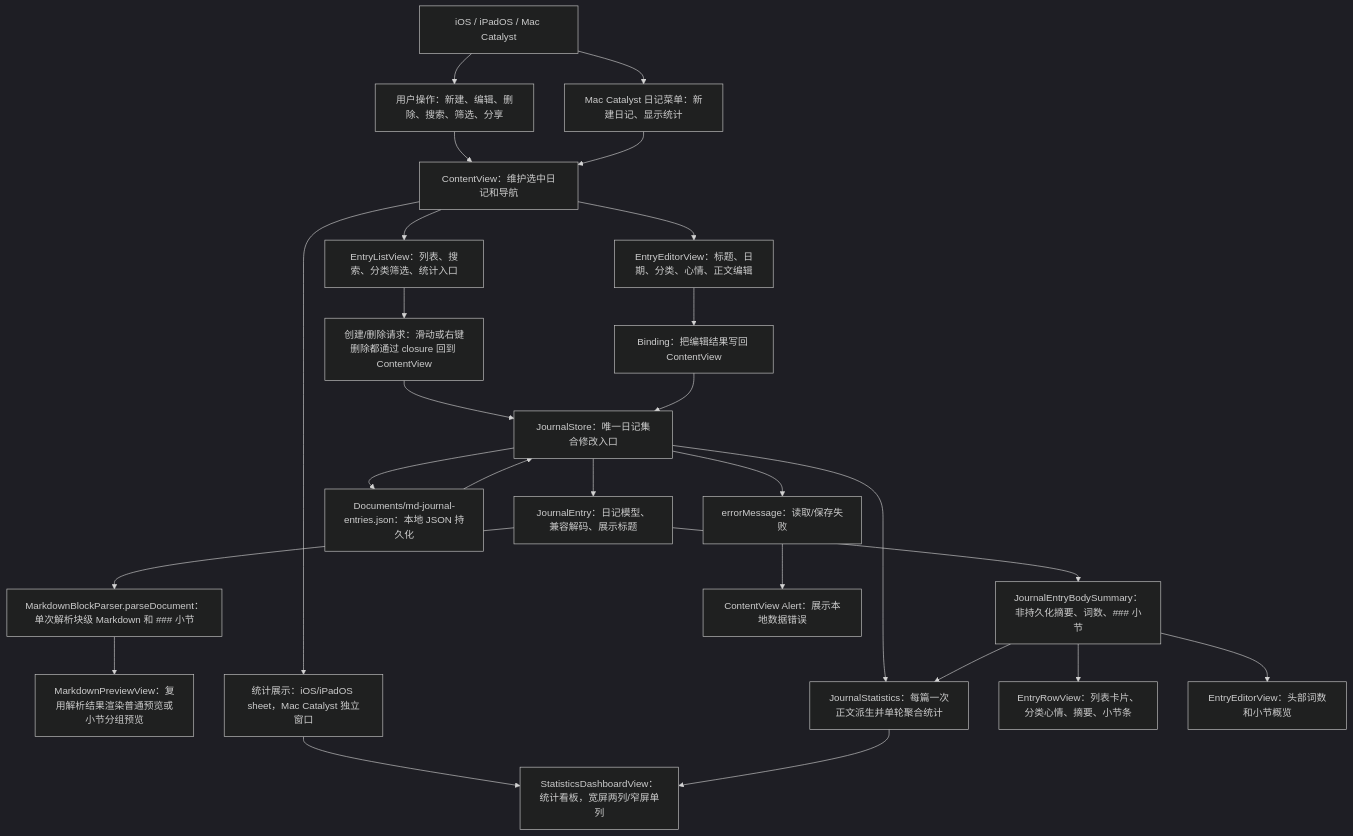
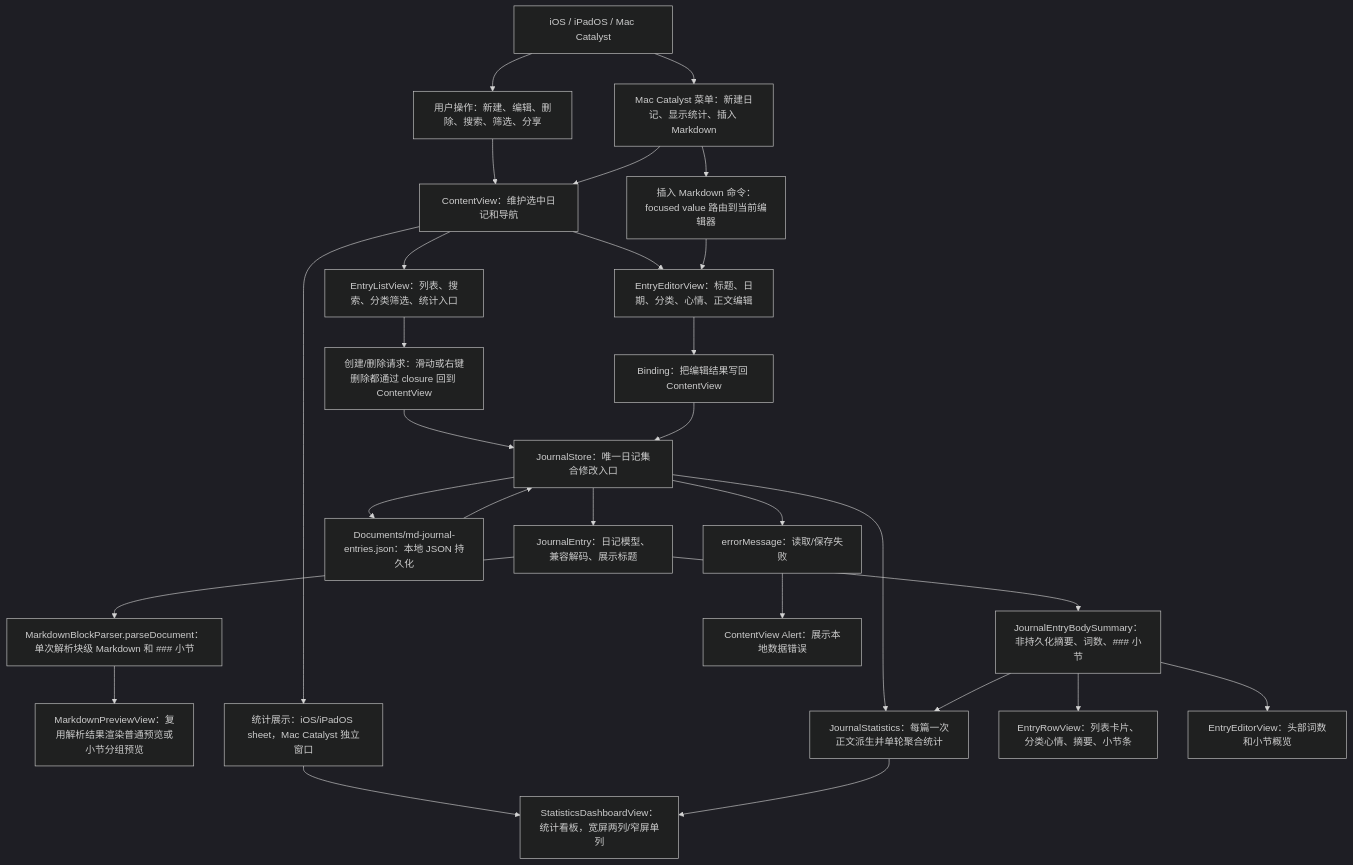
The first of 5 diagrams in md/flow/flowchart.md (Altman-sam114/117), drawn with Mermaid (dark theme) before and after one commit. The commit also changed 11 other files, not shown here.

````diff
--- a/md/flow/flowchart.md
+++ b/md/flow/flowchart.md
@@ -9,28 +9,30 @@
 ```mermaid
 flowchart TD
   Platform["iOS / iPadOS / Mac Catalyst"] --> User["用户操作：新建、编辑、删除、搜索、筛选、分享"]
-  Platform --> Menu["Mac Catalyst 日记菜单：新建日记、显示统计"]
+  Platform --> Menu["Mac Catalyst 菜单：新建日记、显示统计、插入 Markdown"]
   User --> CV["ContentView：维护选中日记和导航"]
   Menu --> CV
   CV --> List["EntryListView：列表、搜索、分类筛选、统计入口"]
   CV --> Editor["EntryEditorView：标题、日期、分类、心情、正文编辑"]
+  Menu --> SnippetCommand["插入 Markdown 命令：focused value 路由到当前编辑器"]
+  SnippetCommand --> Editor
   List --> CreateDelete["创建/删除请求：滑动或右键删除都通过 closure 回到 ContentView"]
   Editor --> Binding["Binding<JournalEntry>：把编辑结果写回 ContentView"]
   CreateDelete --> Store["JournalStore：唯一日记集合修改入口"]
   Binding --> Store
   Store --> Model["JournalEntry：日记模型、兼容解码、展示标题"]
   Store --> JSON["Documents/md-journal-entries.json：本地 JSON 持久化"]
   JSON --> Store
   Model --> Summary["JournalEntryBodySummary：非持久化摘要、词数、### 小节"]
   Model --> Parser["MarkdownBlockParser.parseDocument：单次解析块级 Markdown 和 ### 小节"]
   Parser --> Preview["MarkdownPreviewView：复用解析结果渲染普通预览或小节分组预览"]
   Store --> Stats["JournalStatistics：每篇一次正文派生并单轮聚合统计"]
   CV --> StatsSurface["统计展示：iOS/iPadOS sheet，Mac Catalyst 独立窗口"]
   StatsSurface --> Dashboard["StatisticsDashboardView：统计看板，宽屏两列/窄屏单列"]
   Stats --> Dashboard
   Summary --> Row["EntryRowView：列表卡片、分类心情、摘要、小节条"]
   Summary --> EditorStats["EntryEditorView：头部词数和小节概览"]
   Summary --> Stats
   Store --> Error["errorMessage：读取/保存失败"]
   Error --> Alert["ContentView Alert：展示本地数据错误"]
 ```
````
